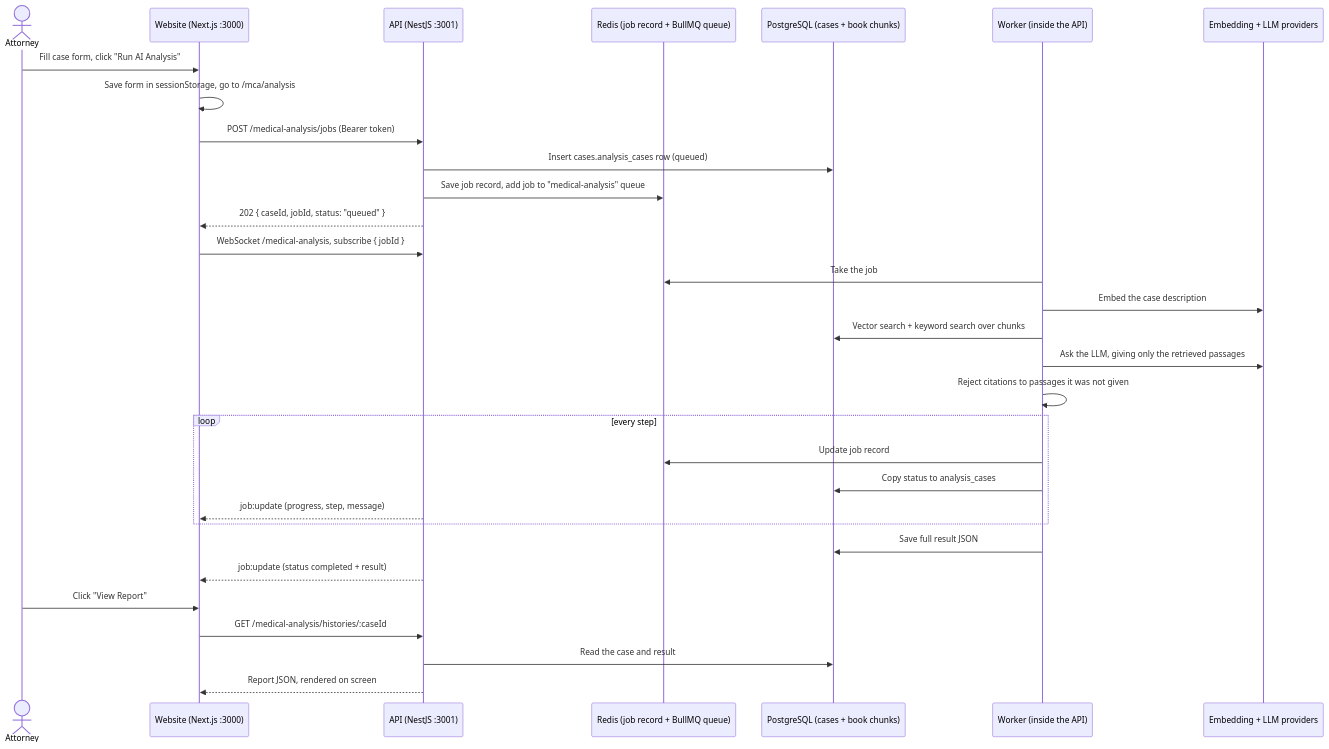
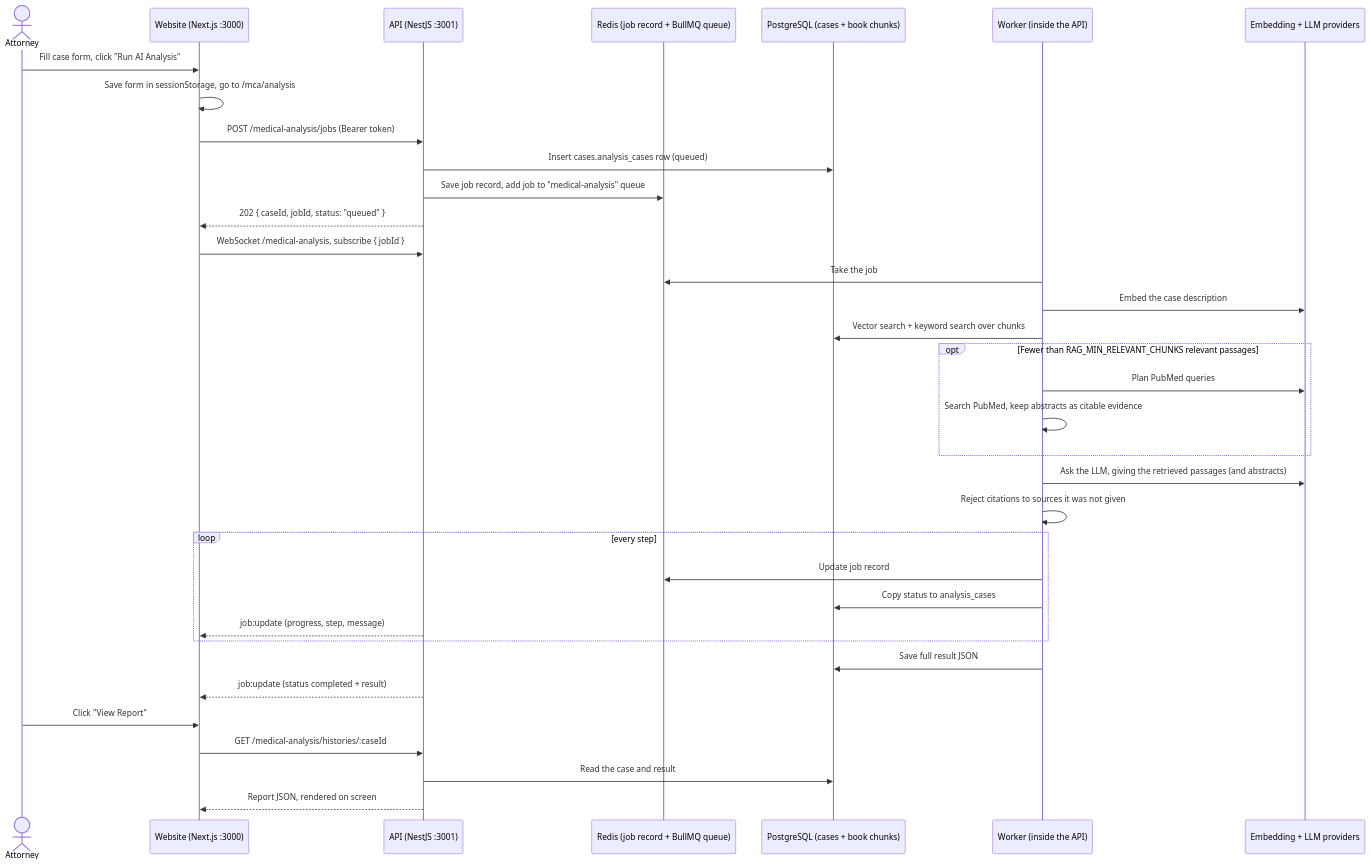
Before and after one commit to cubizinfotech/medical-causation-ai: the diagram in docs/mca-workflow.md, drawn with Mermaid. The commit also changed other lines of this file and 97 other files, not shown here.

````diff
--- a/docs/mca-workflow.md
+++ b/docs/mca-workflow.md
@@ -16,34 +16,38 @@
 ```mermaid
 sequenceDiagram
     actor U as Attorney
     participant W as Website (Next.js :3000)
     participant A as API (NestJS :3001)
     participant R as Redis (job record + BullMQ queue)
     participant P as PostgreSQL (cases + book chunks)
     participant K as Worker (inside the API)
     participant AI as Embedding + LLM providers
 
     U->>W: Fill case form, click "Run AI Analysis"
     W->>W: Save form in sessionStorage, go to /mca/analysis
     W->>A: POST /medical-analysis/jobs (Bearer token)
     A->>P: Insert cases.analysis_cases row (queued)
     A->>R: Save job record, add job to "medical-analysis" queue
     A-->>W: 202 { caseId, jobId, status: "queued" }
     W->>A: WebSocket /medical-analysis, subscribe { jobId }
     K->>R: Take the job
     K->>AI: Embed the case description
     K->>P: Vector search + keyword search over chunks
-    K->>AI: Ask the LLM, giving only the retrieved passages
-    K->>K: Reject citations to passages it was not given
+    opt Fewer than RAG_MIN_RELEVANT_CHUNKS relevant passages
+        K->>AI: Plan PubMed queries
+        K->>K: Search PubMed, keep abstracts as citable evidence
+    end
+    K->>AI: Ask the LLM, giving the retrieved passages (and abstracts)
+    K->>K: Reject citations to sources it was not given
     loop every step
         K->>R: Update job record
         K->>P: Copy status to analysis_cases
         A-->>W: job:update (progress, step, message)
     end
     K->>P: Save full result JSON
     A-->>W: job:update (status completed + result)
     U->>W: Click "View Report"
     W->>A: GET /medical-analysis/histories/:caseId
     A->>P: Read the case and result
     A-->>W: Report JSON, rendered on screen
 ```
````
